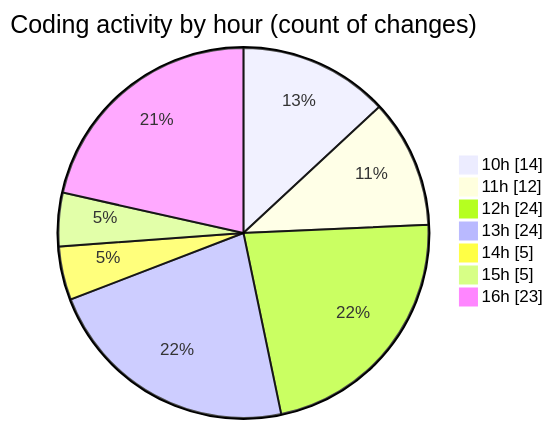
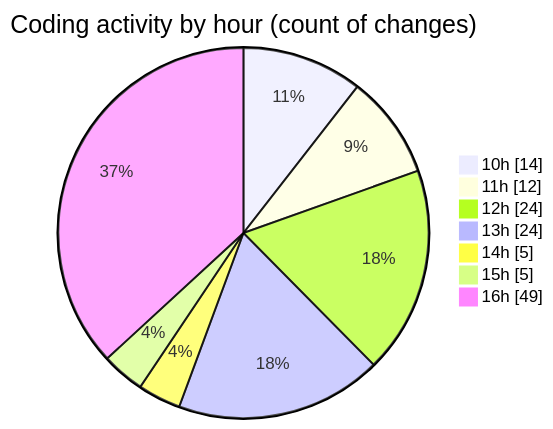
One commit to momahboobian/code-tracking changed the second of 2 diagrams in 2025-09-29/cda/README.md. Above: the diagram before and after it, drawn with Mermaid. The commit also changed other lines of this file and 1 other file, not shown here.

````diff
--- a/2025-09-29/cda/README.md
+++ b/2025-09-29/cda/README.md
@@ -52,11 +52,11 @@
 ```mermaid
 pie showData
 title Coding activity by hour (count of changes)
 "10h" : 14
 "11h" : 12
 "12h" : 24
 "13h" : 24
 "14h" : 5
 "15h" : 5
-"16h" : 23
+"16h" : 49
 ```
````
